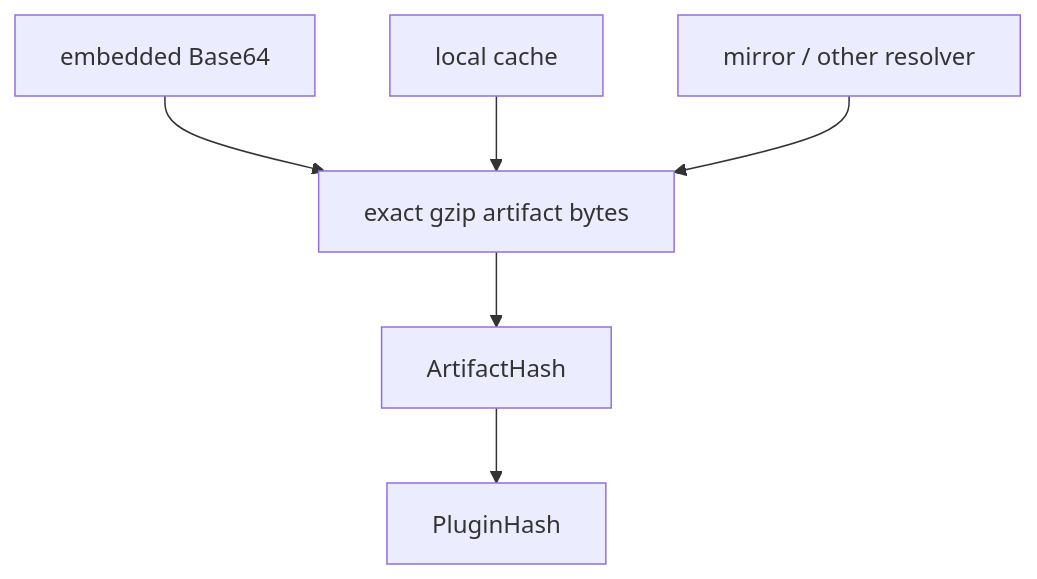
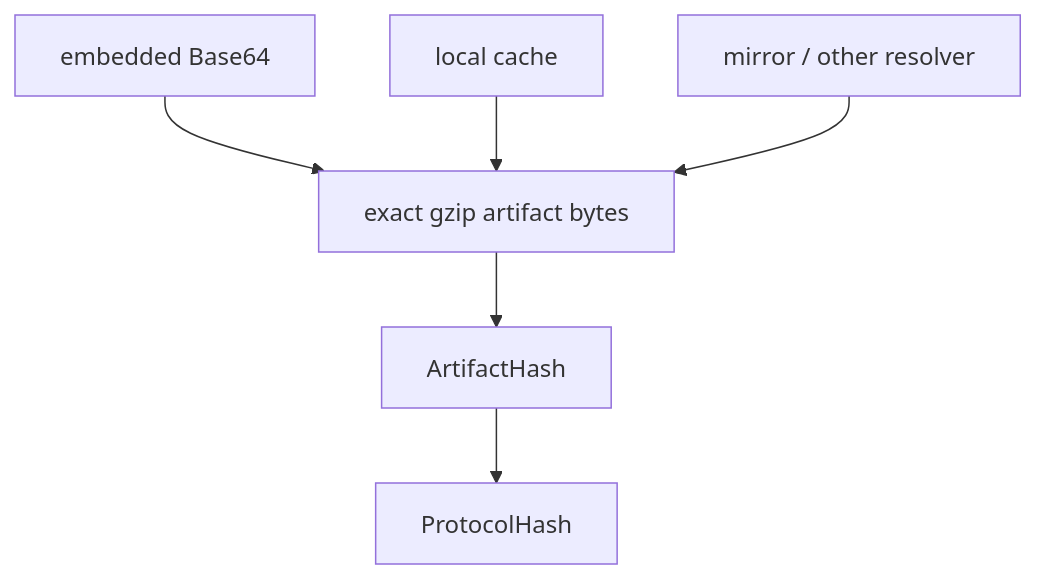
Before and after one commit to labourchain/core-plugins: the second of 3 diagrams in docs/architecture.md, drawn with Mermaid. The commit also changed other lines of this file and 38 other files, not shown here.

````diff
--- a/docs/architecture.md
+++ b/docs/architecture.md
@@ -92,9 +110,9 @@
 ```mermaid
 flowchart TB
     A["exact gzip artifact bytes"] --> AH["ArtifactHash"]
-    AH --> PH["PluginHash"]
+    AH --> PH["ProtocolHash"]
 
     E["embedded Base64"] --> A
     C["local cache"] --> A
     M["mirror / other resolver"] --> A
 ```
````
